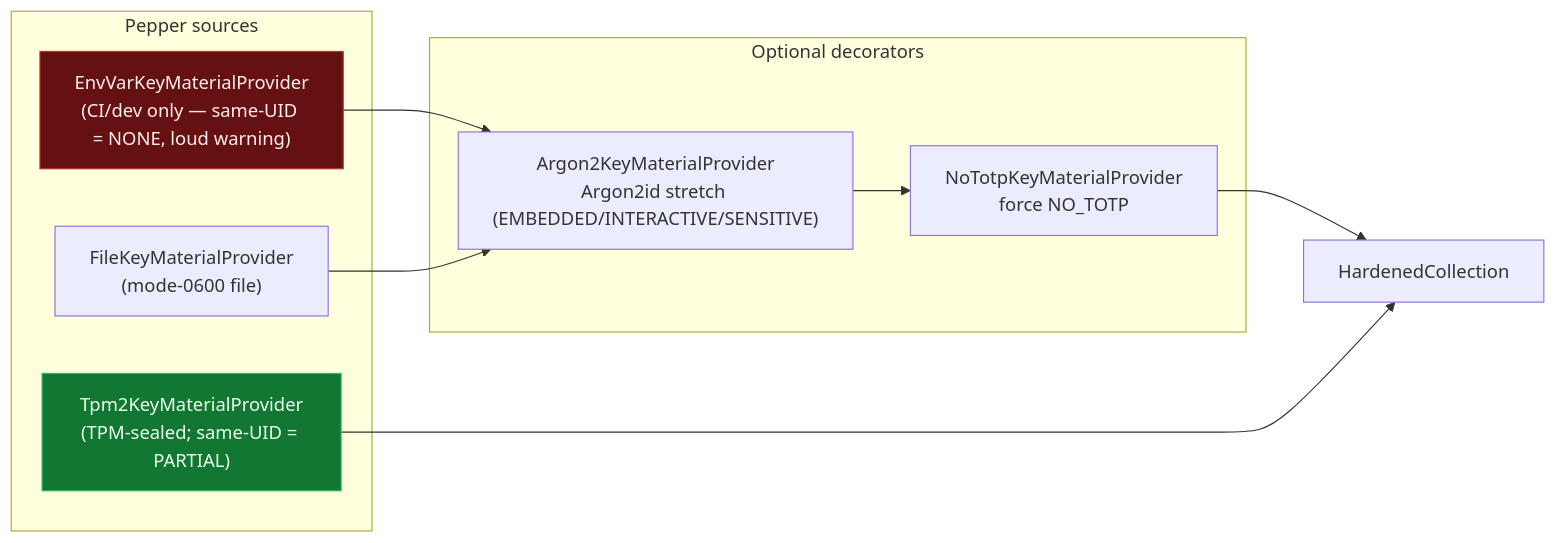
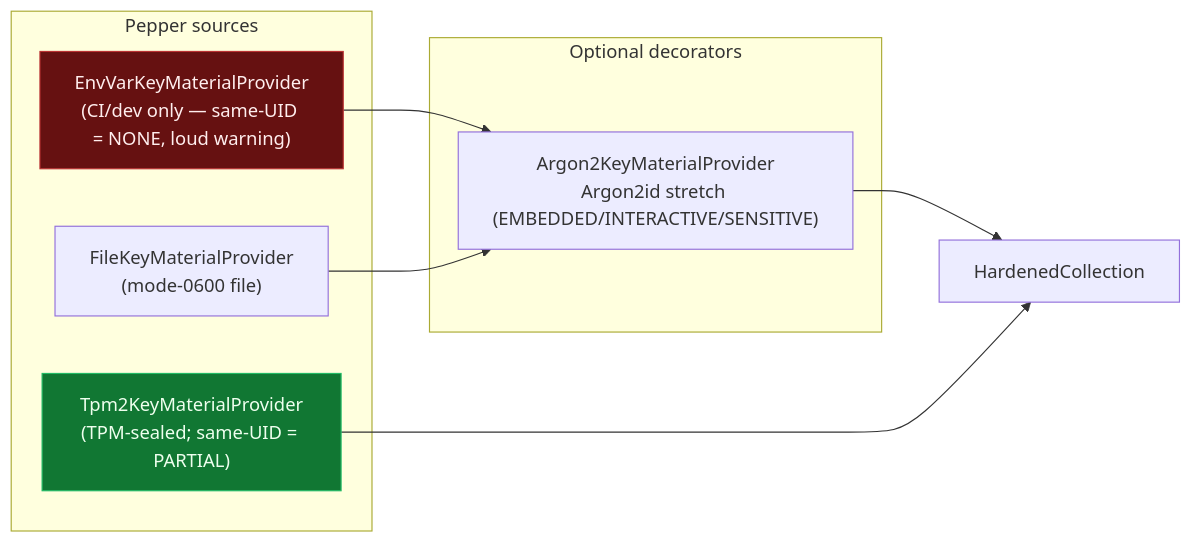
One commit to swiesend/secret-service changed the first of 2 diagrams in docs/architecture/key-material-providers.md. Above: the diagram before and after it, drawn with Mermaid. The commit also changed other lines of this file and 28 other files, not shown here.

````diff
--- a/docs/architecture/key-material-providers.md
+++ b/docs/architecture/key-material-providers.md
@@ -9,20 +9,19 @@
 ```mermaid
 flowchart LR
     subgraph sources["Pepper sources"]
       env["EnvVarKeyMaterialProvider<br/>(CI/dev only — same-UID = NONE, loud warning)"]:::weak
       file["FileKeyMaterialProvider<br/>(mode-0600 file)"]
       tpm["Tpm2KeyMaterialProvider<br/>(TPM-sealed; same-UID = PARTIAL)"]:::strong
     end
     subgraph decorators["Optional decorators"]
       argon["Argon2KeyMaterialProvider<br/>Argon2id stretch (EMBEDDED/INTERACTIVE/SENSITIVE)"]
-      nototp["NoTotpKeyMaterialProvider<br/>force NO_TOTP"]
     end
     hc["HardenedCollection"]
 
     env --> argon
     file --> argon
-    argon --> nototp --> hc
+    argon --> hc
     tpm --> hc
     classDef weak fill:#611,stroke:#b33,color:#fee;
     classDef strong fill:#173,stroke:#2b6,color:#efe;
 ```
````
